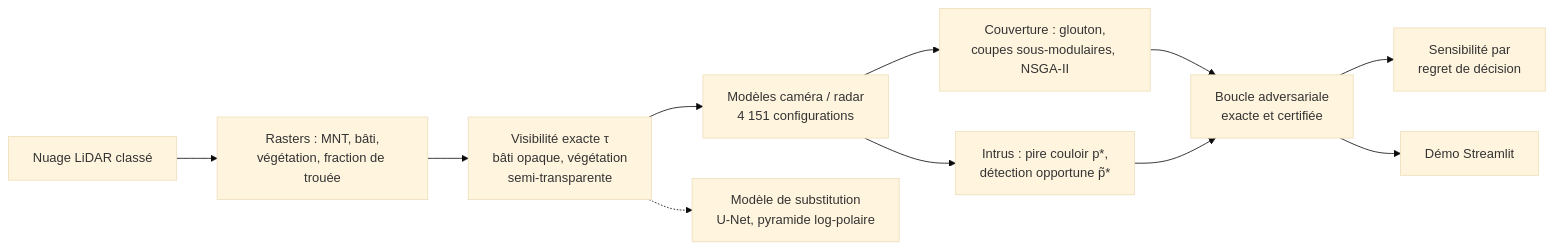
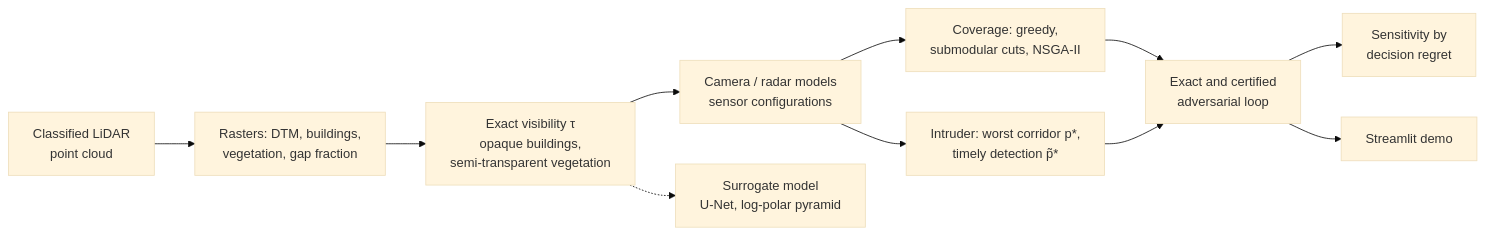
One commit to elouansalaun/Sec_Phy_Lidar changed the diagram in README.md. Above: the diagram before and after it, drawn with Mermaid (base theme). The commit also changed other lines of this file and 132 other files, not shown here.

````diff
--- a/README.md
+++ b/README.md
@@ -54,13 +28,13 @@
 ```mermaid
 flowchart LR
-    L[Nuage LiDAR classé] --> R[Rasters : MNT, bâti,<br/>végétation, fraction de trouée]
-    R --> V[Visibilité exacte τ<br/>bâti opaque, végétation<br/>semi-transparente]
-    V --> C[Modèles caméra / radar<br/>4 151 configurations]
-    C --> O[Couverture : glouton,<br/>coupes sous-modulaires, NSGA-II]
-    C --> I[Intrus : pire couloir p*,<br/>détection opportune p̃*]
-    O --> B[Boucle adversariale<br/>exacte et certifiée]
+    L[Classified LiDAR<br/>point cloud] --> R[Rasters: DTM, buildings,<br/>vegetation, gap fraction]
+    R --> V[Exact visibility τ<br/>opaque buildings,<br/>semi-transparent vegetation]
+    V --> C[Camera / radar models<br/>sensor configurations]
+    C --> O[Coverage: greedy,<br/>submodular cuts, NSGA-II]
+    C --> I[Intruder: worst corridor p*,<br/>timely detection p̃*]
+    O --> B[Exact and certified<br/>adversarial loop]
     I --> B
-    B --> S[Sensibilité par<br/>regret de décision]
-    B --> D[Démo Streamlit]
-    V -.-> M[Modèle de substitution<br/>U-Net, pyramide log-polaire]
+    B --> S[Sensitivity by<br/>decision regret]
+    B --> D[Streamlit demo]
+    V -.-> M[Surrogate model<br/>U-Net, log-polar pyramid]
 ```
````
